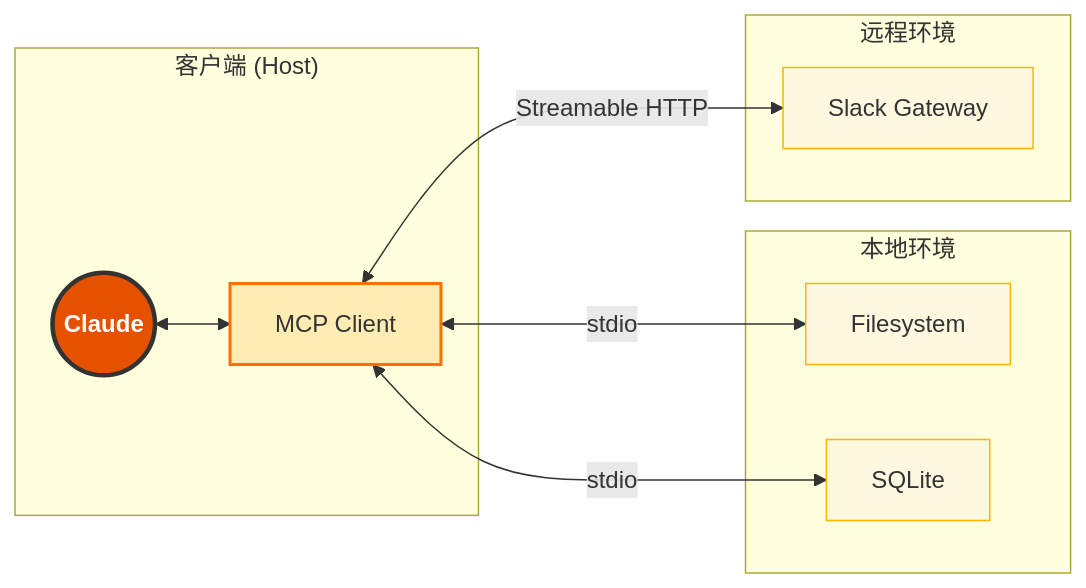
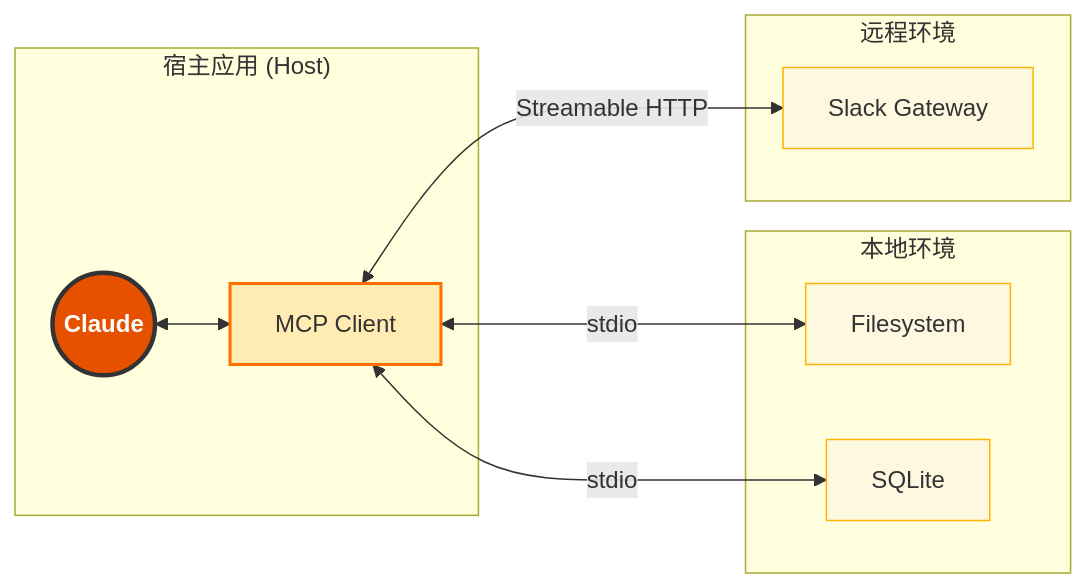
One commit to yeasy/claude_guide changed the diagram in 04_mcp/4.2_architecture.md. Above: the diagram before and after it, drawn with Mermaid. The commit also changed other lines of this file and 12 other files, not shown here.

````diff
--- a/04_mcp/4.2_architecture.md
+++ b/04_mcp/4.2_architecture.md
@@ -9,19 +9,19 @@
 ```mermaid
 graph LR
     classDef core fill:#E65100,stroke:#333,stroke-width:3px,color:white,font-weight:bold;
     classDef branch fill:#FFECB3,stroke:#FF6F00,stroke-width:2px,color:#333;
     classDef node fill:#FFF8E1,stroke:#FFB300,stroke-width:1px,color:#333;
 
-    subgraph HostApp["客户端 (Host)"]
+    subgraph HostApp["宿主应用 (Host)"]
         AI(("Claude")):::core <--> ClientLogic["MCP Client"]:::branch
     end
 
     subgraph LocalEnv["本地环境"]
         ClientLogic <-->|"stdio"| S1["Filesystem"]:::node
         ClientLogic <-->|"stdio"| S2["SQLite"]:::node
     end
 
     subgraph RemoteEnv["远程环境"]
         ClientLogic <-->|"Streamable HTTP"| S3["Slack Gateway"]:::node
     end
 ```
````
